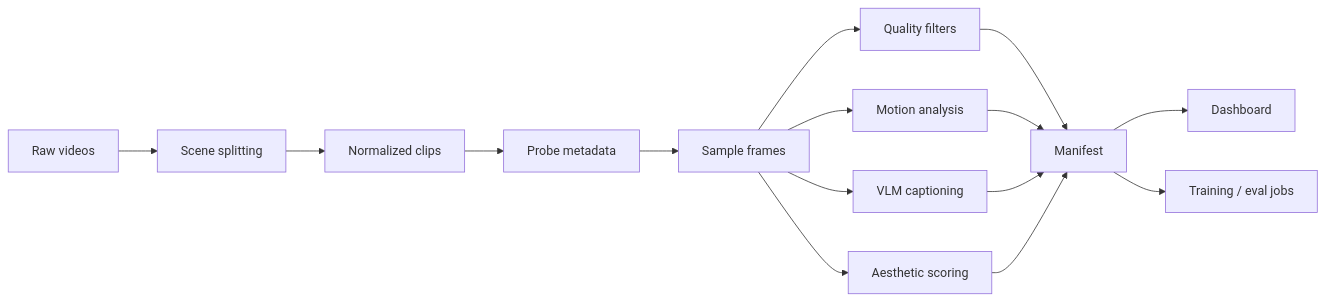
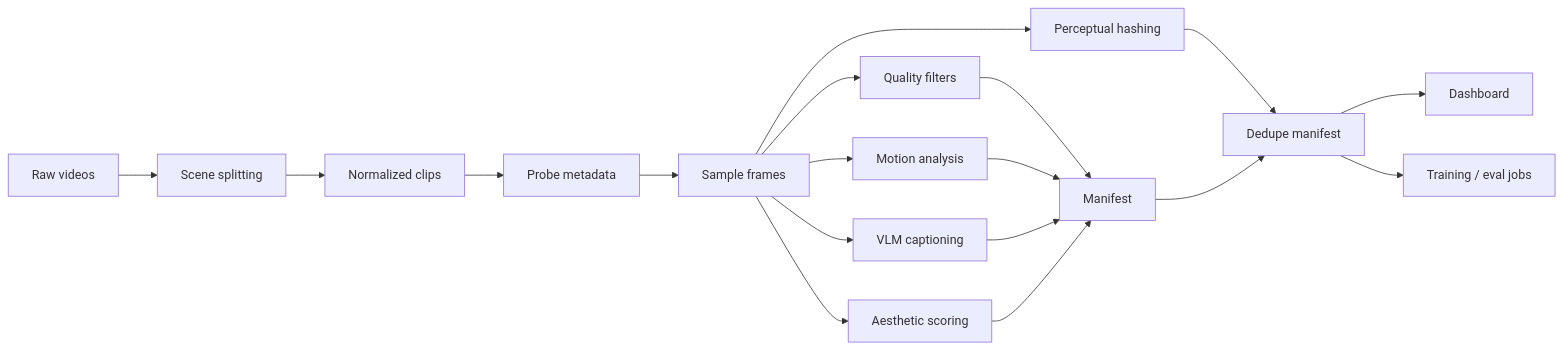
One commit to karatarassul4-max/video-dataset-factory changed the diagram in README.md. Above: the diagram before and after it, drawn with Mermaid. The commit also changed other lines of this file, not shown here.

Commit message:
Document perceptual dedupe workflow

````diff
--- a/README.md
+++ b/README.md
@@ -42,17 +43,20 @@
 ```mermaid
 flowchart LR
     A[Raw videos] --> B[Scene splitting]
     B --> C[Normalized clips]
     C --> D[Probe metadata]
     D --> E[Sample frames]
     E --> F[Quality filters]
     E --> G[Motion analysis]
     E --> H[VLM captioning]
     E --> L[Aesthetic scoring]
+    E --> M[Perceptual hashing]
     F --> I[Manifest]
     G --> I
     H --> I
     L --> I
-    I --> J[Dashboard]
-    I --> K[Training / eval jobs]
+    M --> N[Dedupe manifest]
+    I --> N
+    N --> J[Dashboard]
+    N --> K[Training / eval jobs]
 ```
````
